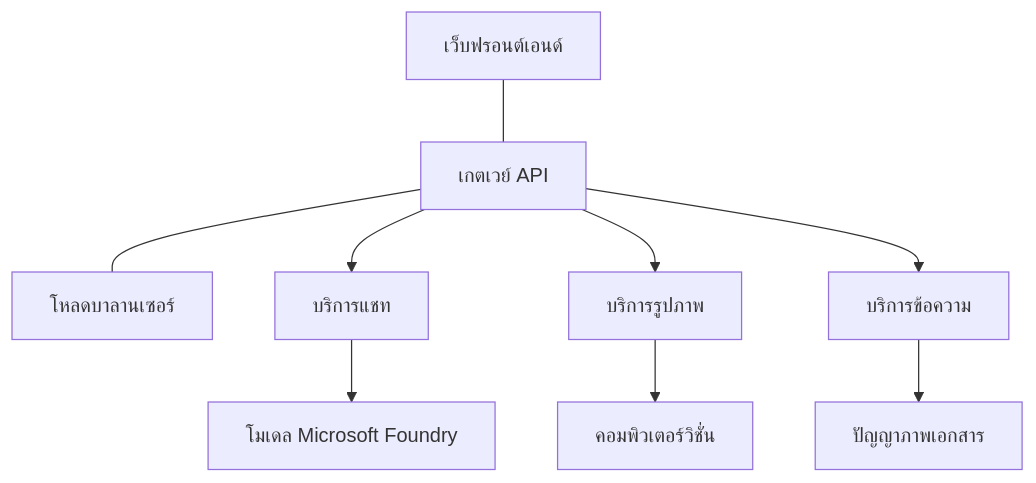
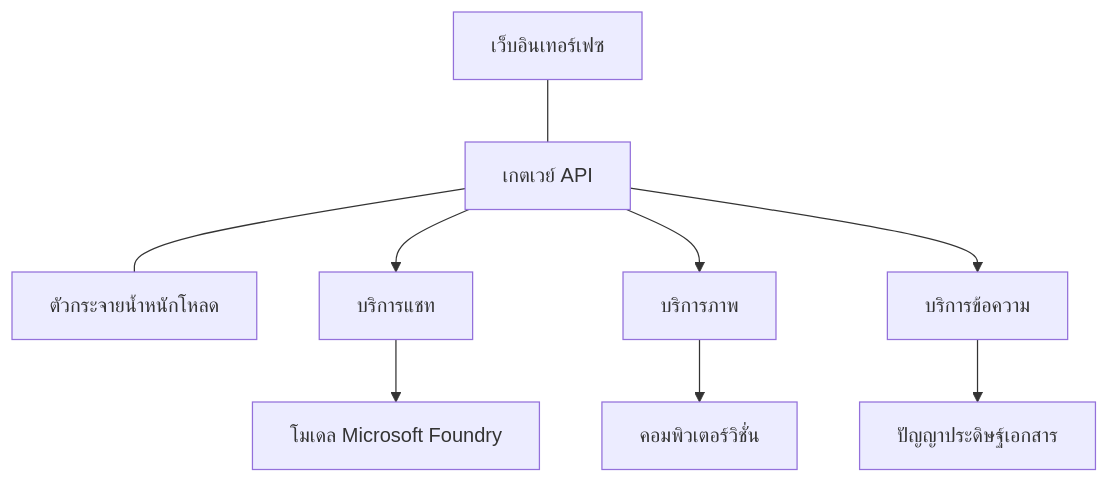
The diagram in translations/th/docs/chapter-08-production/production-ai-practices.md (microsoft/AZD-for-beginners), drawn with Mermaid before and after one commit. The commit also changed other lines of this file and 104 other files, not shown here.

````diff
--- a/translations/th/docs/chapter-08-production/production-ai-practices.md
+++ b/translations/th/docs/chapter-08-production/production-ai-practices.md
@@ -30,10 +30,10 @@
 ```mermaid
 graph TD
-    Frontend[เว็บฟรอนต์เอนด์] --- Gateway[เกตเวย์ API] --- LB[โหลดบาลานเซอร์]
+    Frontend[เว็บอินเทอร์เฟซ] --- Gateway[เกตเวย์ API] --- LB[ตัวกระจายน้ำหนักโหลด]
     Gateway --> Chat[บริการแชท]
-    Gateway --> Image[บริการรูปภาพ]
+    Gateway --> Image[บริการภาพ]
     Gateway --> Text[บริการข้อความ]
     Chat --> OpenAI[โมเดล Microsoft Foundry]
     Image --> Vision[คอมพิวเตอร์วิชั่น]
-    Text --> DocIntel[ปัญญาภาพเอกสาร]
+    Text --> DocIntel[ปัญญาประดิษฐ์เอกสาร]
 ```
````
